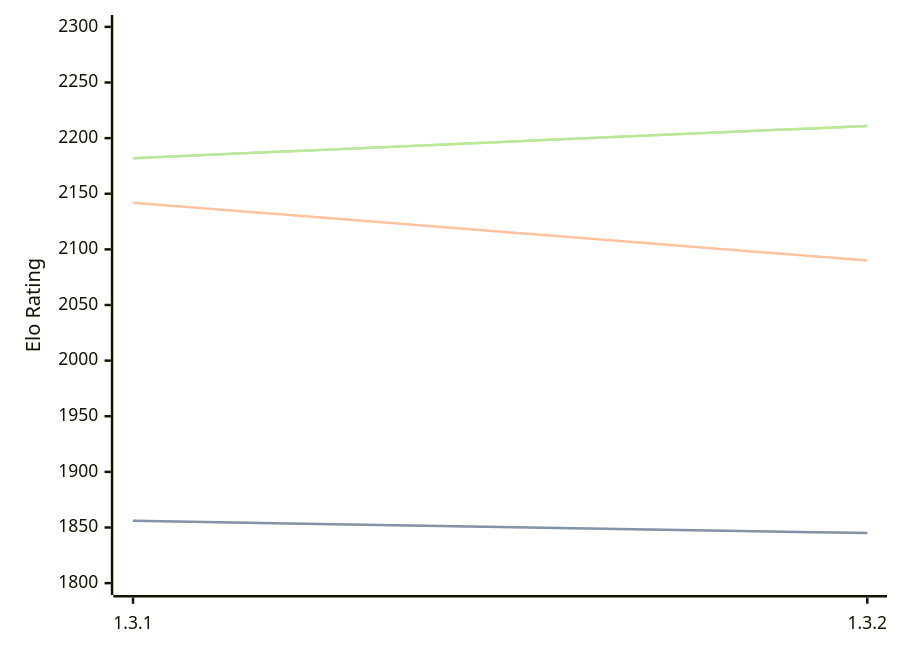
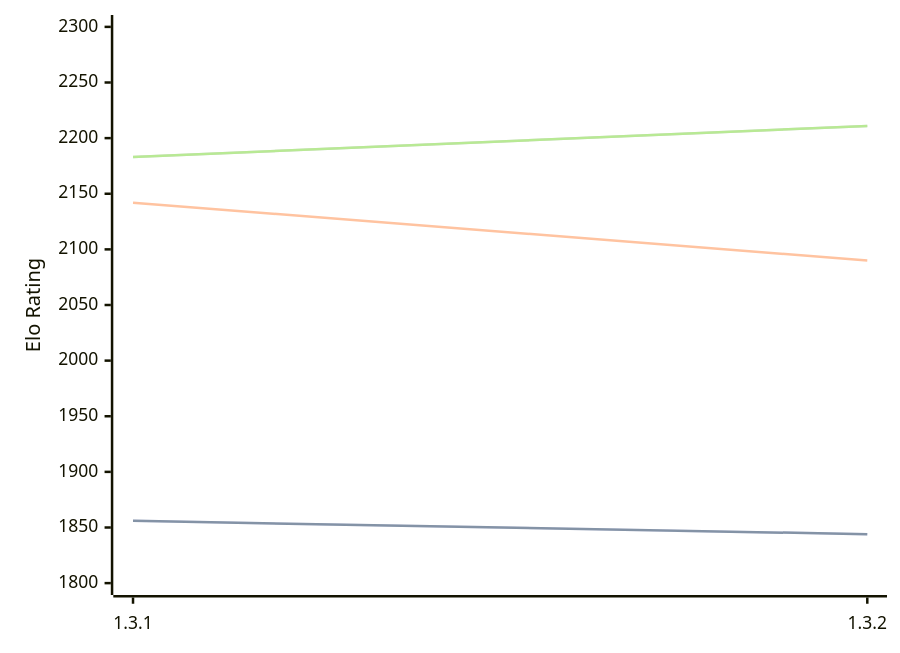
One commit to computer-chess-index/cci changed the diagram in engines/Zugblitz.md. Above: the diagram before and after it, drawn with Mermaid. The commit also changed other lines of this file, not shown here.

Commit message:
Update CCI Ratings (ELO VLTC) - 2026-08-24

````diff
--- a/engines/Zugblitz.md
+++ b/engines/Zugblitz.md
@@ -32,11 +32,11 @@
 ```mermaid
 %%{init: {"theme":"base","themeVariables":{"seriesColors:['#a3a3a3','#222221','#faa371']}}}%%
 xychart-beta
   x-axis ["1.3.1", "1.3.2"]
   y-axis "Elo Rating" 1800 --> 2300
-  line "STC (8.0+0.08s)" [1856, 1845]
-  line "STC (8.0+0.08s)" [1856, 1845]
+  line "STC (8.0+0.08s)" [1856, 1844]
+  line "STC (8.0+0.08s)" [1856, 1844]
   line "LTC (60.0+0.60s)" [2142, 2090]
-  line "VLTC (2m24s+1.12s)" [2182, 2211]
-  line "VLTC (2m24s+1.12s)" [2182, 2211]
+  line "VLTC (2m24s+1.12s)" [2183, 2211]
+  line "VLTC (2m24s+1.12s)" [2183, 2211]
 ```
````
